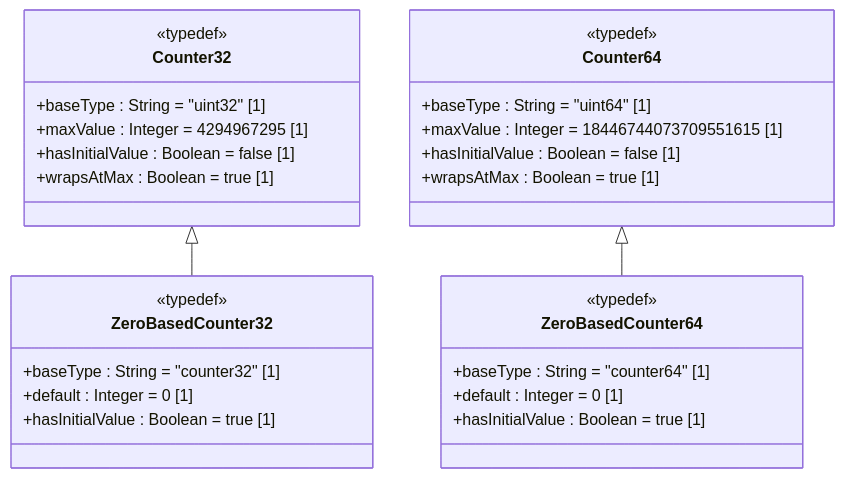
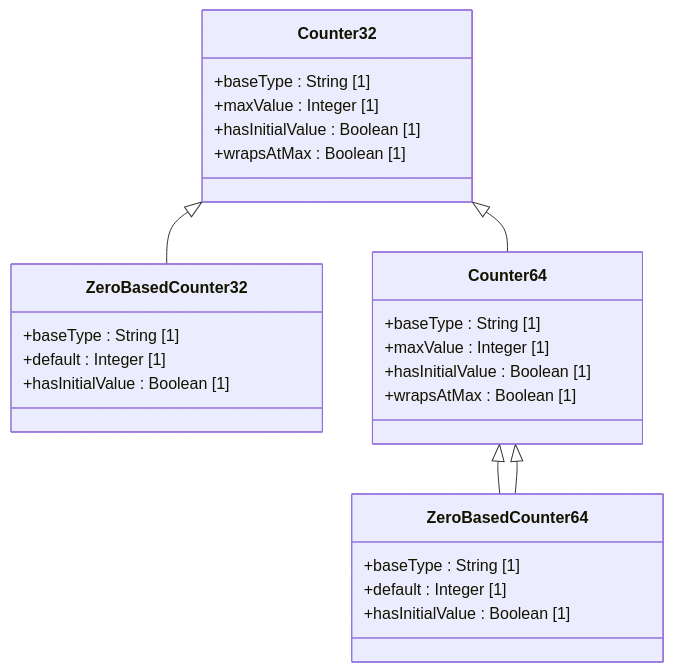
Before and after one commit to gintatkinson/dep-tst40: the diagram in docs/features/feat-17-counter-types.md, drawn with Mermaid. The commit also changed other lines of this file and 16 other files, not shown here.

First line of the commit message:
docs: fix UML compliance — strip default values, stereotypes, placeholders, YANG types

````diff
--- a/docs/features/feat-17-counter-types.md
+++ b/docs/features/feat-17-counter-types.md
@@ -19,31 +19,29 @@
 ```mermaid
 classDiagram
     class Counter32 {
-        <<typedef>>
-        +baseType : String = "uint32" [1]
-        +maxValue : Integer = 4294967295 [1]
-        +hasInitialValue : Boolean = false [1]
-        +wrapsAtMax : Boolean = true [1]
+        +baseType : String [1]
+        +maxValue : Integer [1]
+        +hasInitialValue : Boolean [1]
+        +wrapsAtMax : Boolean [1]
     }
     class ZeroBasedCounter32 {
-        <<typedef>>
-        +baseType : String = "counter32" [1]
-        +default : Integer = 0 [1]
-        +hasInitialValue : Boolean = true [1]
+        +baseType : String [1]
+        +default : Integer [1]
+        +hasInitialValue : Boolean [1]
     }
     class Counter64 {
-        <<typedef>>
-        +baseType : String = "uint64" [1]
-        +maxValue : Integer = 18446744073709551615 [1]
-        +hasInitialValue : Boolean = false [1]
-        +wrapsAtMax : Boolean = true [1]
+        +baseType : String [1]
+        +maxValue : Integer [1]
+        +hasInitialValue : Boolean [1]
+        +wrapsAtMax : Boolean [1]
     }
     class ZeroBasedCounter64 {
-        <<typedef>>
-        +baseType : String = "counter64" [1]
-        +default : Integer = 0 [1]
-        +hasInitialValue : Boolean = true [1]
+        +baseType : String [1]
+        +default : Integer [1]
+        +hasInitialValue : Boolean [1]
     }
+    Counter32 <|-- Counter64
     Counter32 <|-- ZeroBasedCounter32
     Counter64 <|-- ZeroBasedCounter64
+    Counter64 <|-- ZeroBasedCounter64
 ```
````
